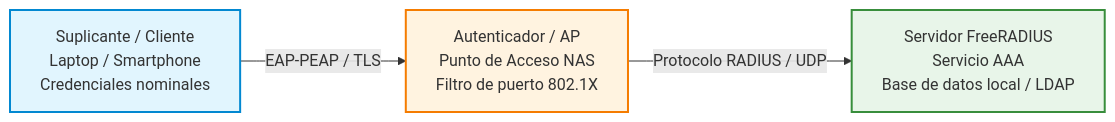
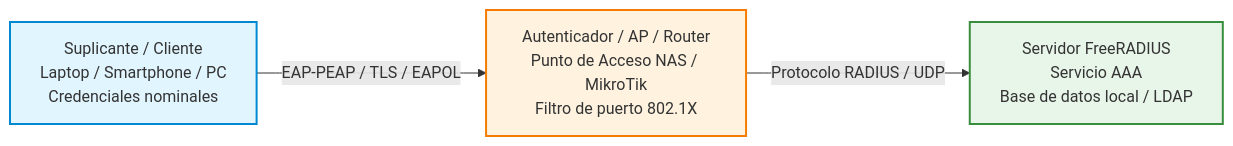
One commit to jmunozji/SAD changed the diagram in docs/Ud5 Seguridad Activa y Auditorias/P5_5_servidor_radius.md. Above: the diagram before and after it, drawn with Mermaid. The commit also changed other lines of this file, not shown here.

````diff
--- a/docs/Ud5 Seguridad Activa y Auditorias/P5_5_servidor_radius.md
+++ b/docs/Ud5 Seguridad Activa y Auditorias/P5_5_servidor_radius.md
@@ -28,9 +28,9 @@
 ```mermaid
 flowchart LR
-    Sup["Suplicante / Cliente<br>Laptop / Smartphone<br>Credenciales nominales"] -->|EAP-PEAP / TLS| Auth["Autenticador / AP<br>Punto de Acceso NAS<br>Filtro de puerto 802.1X"]
+    Sup["Suplicante / Cliente<br>Laptop / Smartphone / PC<br>Credenciales nominales"] -->|EAP-PEAP / TLS / EAPOL| Auth["Autenticador / AP / Router<br>Punto de Acceso NAS / MikroTik<br>Filtro de puerto 802.1X"]
     Auth -->|Protocolo RADIUS / UDP| Rad["Servidor FreeRADIUS<br>Servicio AAA<br>Base de datos local / LDAP"]
 
     style Sup fill:#e1f5fe,stroke:#0288d1,stroke-width:2px
     style Auth fill:#fff3e0,stroke:#f57c00,stroke-width:2px
     style Rad fill:#e8f5e9,stroke:#388e3c,stroke-width:2px
 ```
````
